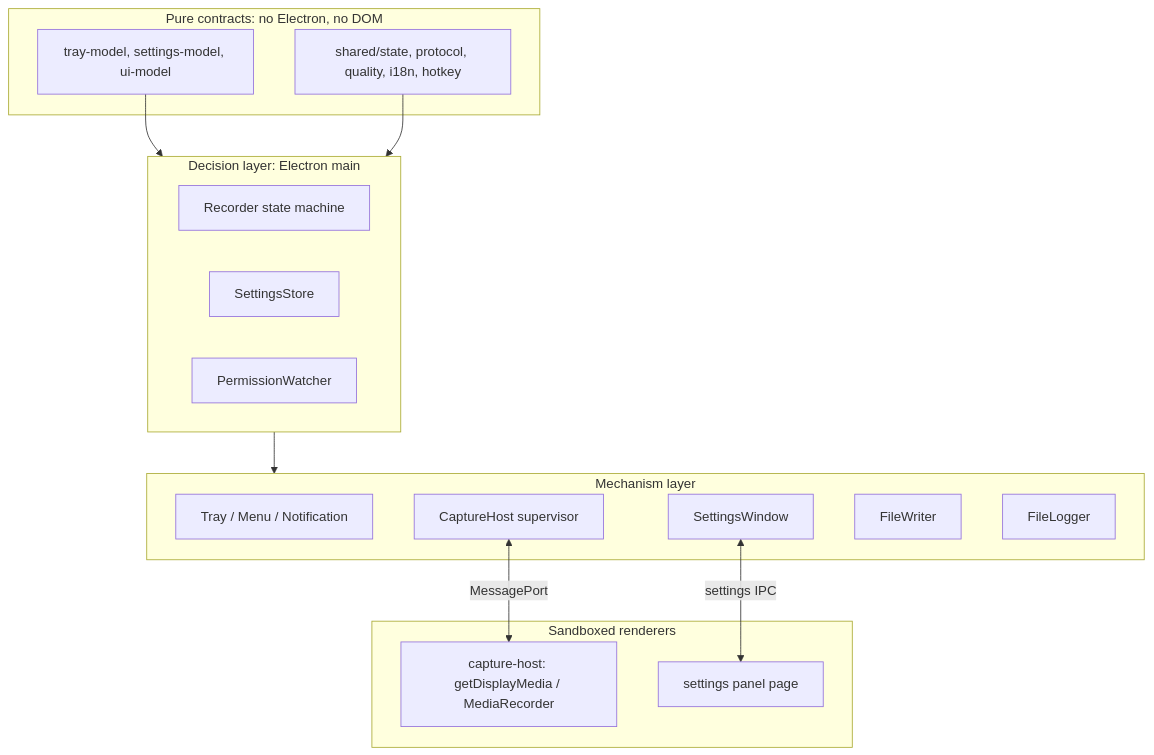
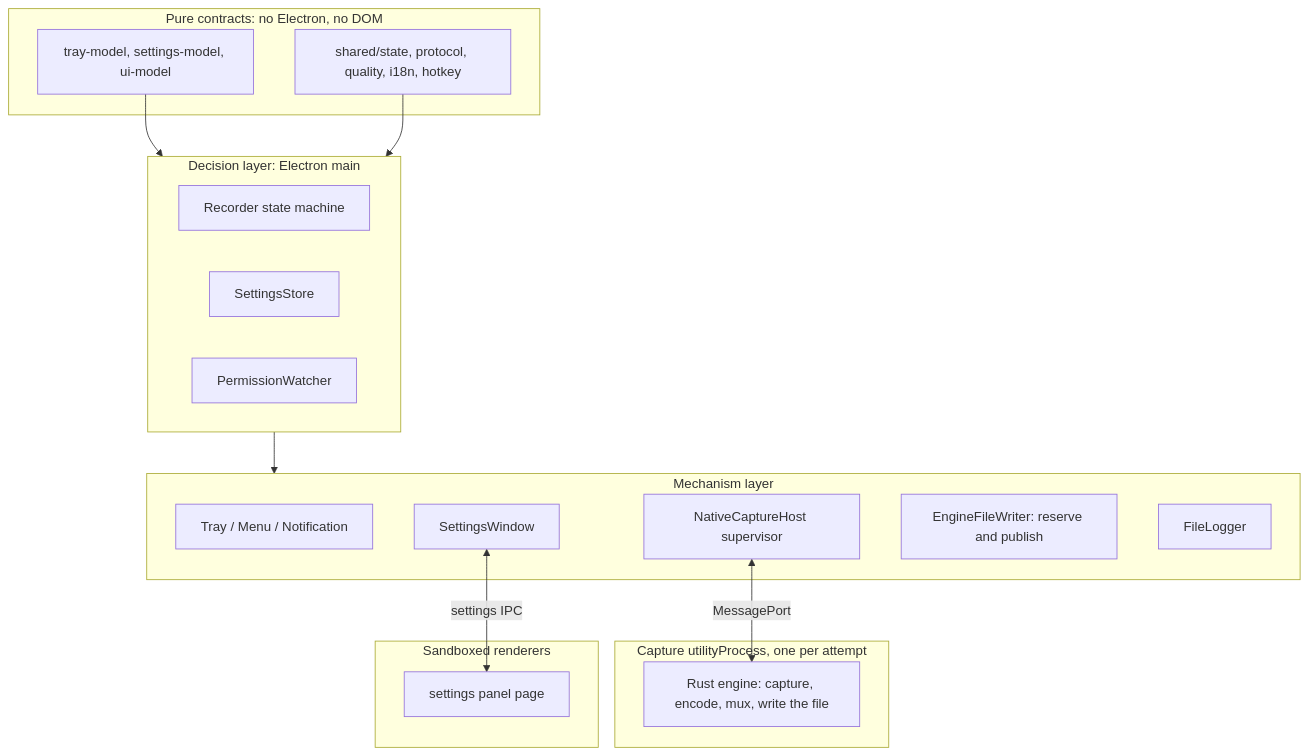
The diagram in docs/system-design/design-overview.md (EricTsai83/recordstuff), drawn with Mermaid before and after one commit. The commit also changed other lines of this file and 51 other files, not shown here.

First line of the commit message:
docs: document the native engine and close plan 076

````diff
--- a/docs/system-design/design-overview.md
+++ b/docs/system-design/design-overview.md
@@ -37,28 +37,30 @@
 ```mermaid
 flowchart TB
     subgraph Pure[Pure contracts: no Electron, no DOM]
       Shared[shared/state, protocol, quality, i18n, hotkey]
       Models[tray-model, settings-model, ui-model]
     end
     subgraph Decide[Decision layer: Electron main]
       Rec[Recorder state machine]
       Set[SettingsStore]
       Perm[PermissionWatcher]
     end
     subgraph Mech[Mechanism layer]
       Tray[Tray / Menu / Notification]
       Panel[SettingsWindow]
-      Host[CaptureHost supervisor]
-      Writer[FileWriter]
+      Host[NativeCaptureHost supervisor]
+      Writer[EngineFileWriter: reserve and publish]
       Log[FileLogger]
     end
+    subgraph Engine[Capture utilityProcess, one per attempt]
+      Capture[Rust engine: capture, encode, mux, write the file]
+    end
     subgraph Sandbox[Sandboxed renderers]
-      Capture[capture-host: getDisplayMedia / MediaRecorder]
       Page[settings panel page]
     end
     Models --> Decide
     Shared --> Decide
     Decide --> Mech
     Host <-->|MessagePort| Capture
     Panel <-->|settings IPC| Page
 ```
````
